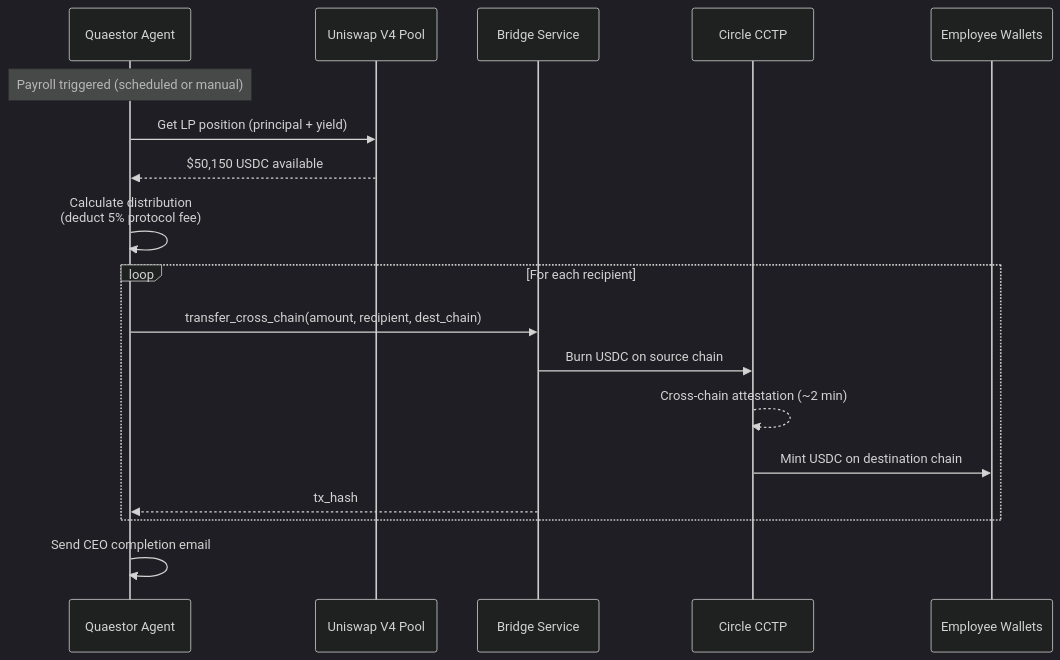
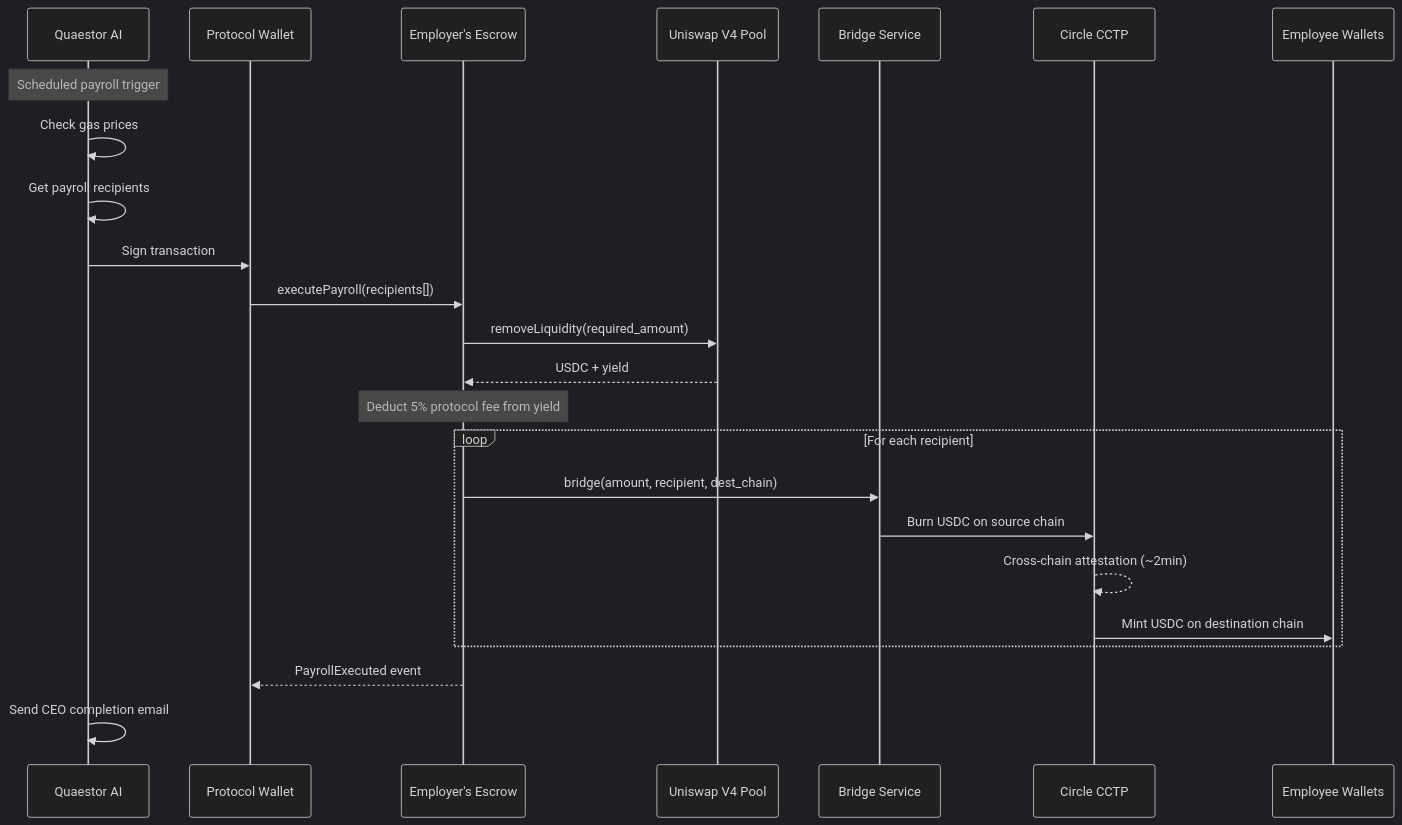
The third of 4 diagrams in docs/bridge-flow.md (furqaannabi/arcflow), drawn with Mermaid (dark theme) before and after one commit. The commit also changed other lines of this file, not shown here.

Commit message:
docs: add escrow architecture to money flow

````diff
--- a/docs/bridge-flow.md
+++ b/docs/bridge-flow.md
@@ -77,25 +70,32 @@
 ```mermaid
 sequenceDiagram
-    participant Agent as Quaestor Agent
-    participant Treasury as Uniswap V4 Pool
+    participant Agent as Quaestor AI
+    participant Protocol as Protocol Wallet
+    participant Escrow as Employer's Escrow
+    participant Pool as Uniswap V4 Pool
     participant Bridge as Bridge Service
     participant CCTP as Circle CCTP
     participant Emp as Employee Wallets
 
-    Note over Agent: Payroll triggered (scheduled or manual)
+    Note over Agent: Scheduled payroll trigger
+    Agent->>Agent: Check gas prices
+    Agent->>Agent: Get payroll recipients
     
-    Agent->>Treasury: Get LP position (principal + yield)
-    Treasury-->>Agent: $50,150 USDC available
+    Agent->>Protocol: Sign transaction
+    Protocol->>Escrow: executePayroll(recipients[])
     
-    Agent->>Agent: Calculate distribution<br/>(deduct 5% protocol fee)
+    Escrow->>Pool: removeLiquidity(required_amount)
+    Pool-->>Escrow: USDC + yield
+    
+    Note over Escrow: Deduct 5% protocol fee from yield
     
     loop For each recipient
-        Agent->>Bridge: transfer_cross_chain(amount, recipient, dest_chain)
+        Escrow->>Bridge: bridge(amount, recipient, dest_chain)
         Bridge->>CCTP: Burn USDC on source chain
-        CCTP-->>CCTP: Cross-chain attestation (~2 min)
+        CCTP-->>CCTP: Cross-chain attestation (~2min)
         CCTP->>Emp: Mint USDC on destination chain
-        Bridge-->>Agent: tx_hash
     end
     
+    Escrow-->>Protocol: PayrollExecuted event
     Agent->>Agent: Send CEO completion email
 ```
````
